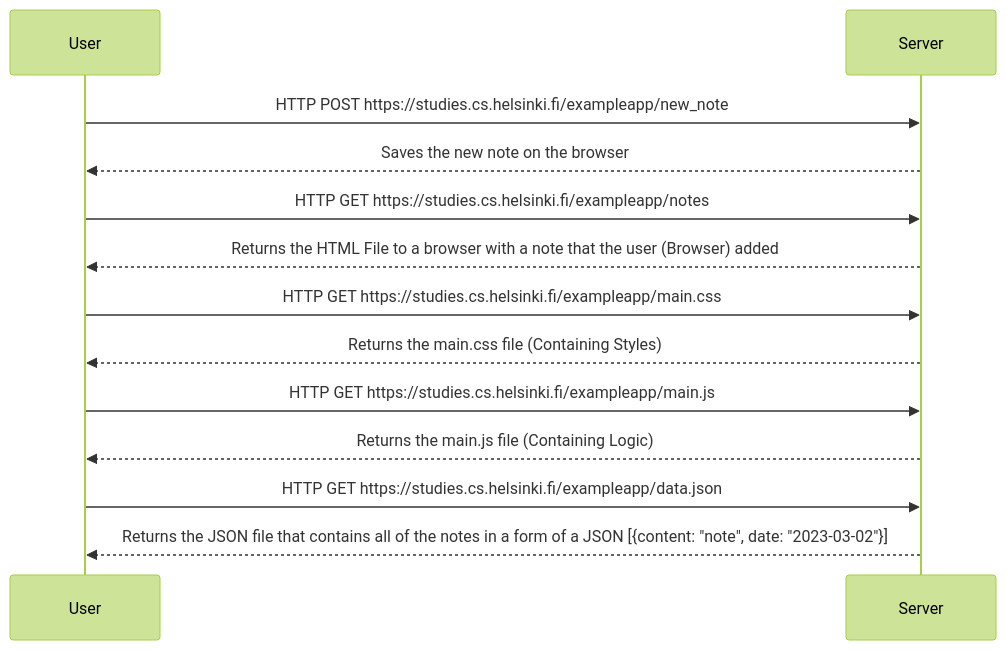
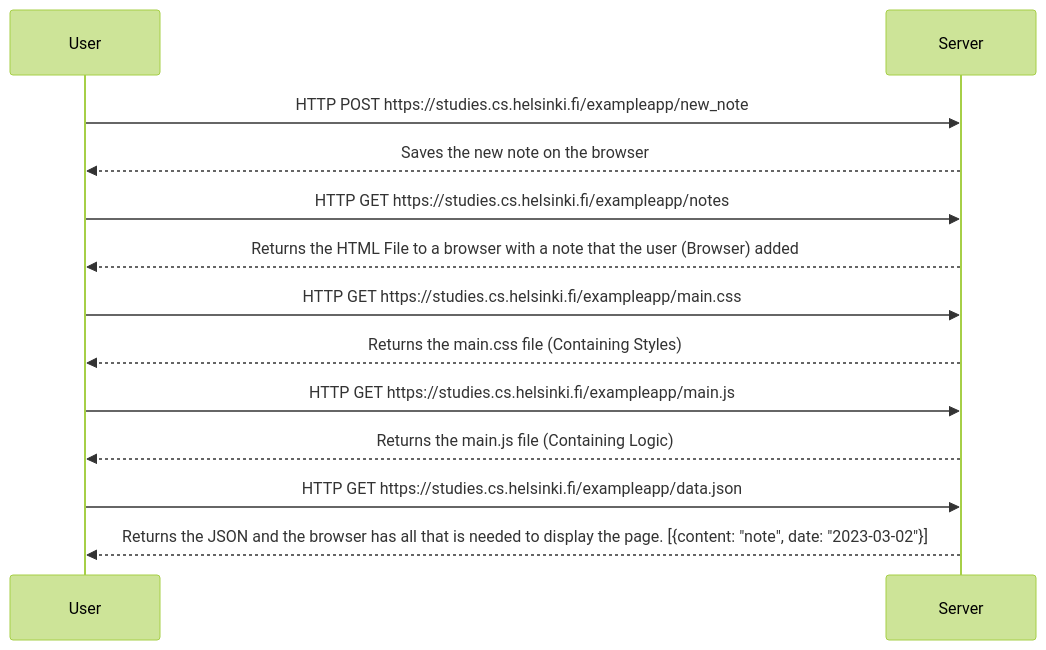
The diagram in part0/Diagram.md (73A73X/submission-directory), drawn with Mermaid (forest theme) before and after one commit.

Commit message:
Update Diagram.md
Little tweaks.

````diff
--- a/part0/Diagram.md
+++ b/part0/Diagram.md
@@ -1,16 +1,16 @@
 ```mermaid
 sequenceDiagram
 Participant User
 Participant Server
 
 User->>Server: HTTP POST https://studies.cs.helsinki.fi/exampleapp/new_note
 Server-->>User: Saves the new note on the browser
 User->>Server: HTTP GET https://studies.cs.helsinki.fi/exampleapp/notes
 Server-->>User: Returns the HTML File to a browser with a note that the user (Browser) added
 User->>Server: HTTP GET https://studies.cs.helsinki.fi/exampleapp/main.css 
 Server-->>User: Returns the main.css file (Containing Styles)
 User->>Server: HTTP GET https://studies.cs.helsinki.fi/exampleapp/main.js
 Server-->>User: Returns the main.js file (Containing Logic)
 User->>Server: HTTP GET https://studies.cs.helsinki.fi/exampleapp/data.json
-Server-->>User: Returns the JSON file that contains all of the notes in a form of a JSON [{content: "note", date: "2023-03-02"}]
+Server-->>User: Returns the JSON and the browser has all that is needed to display the page. [{content: "note", date: "2023-03-02"}]
 ```
````
